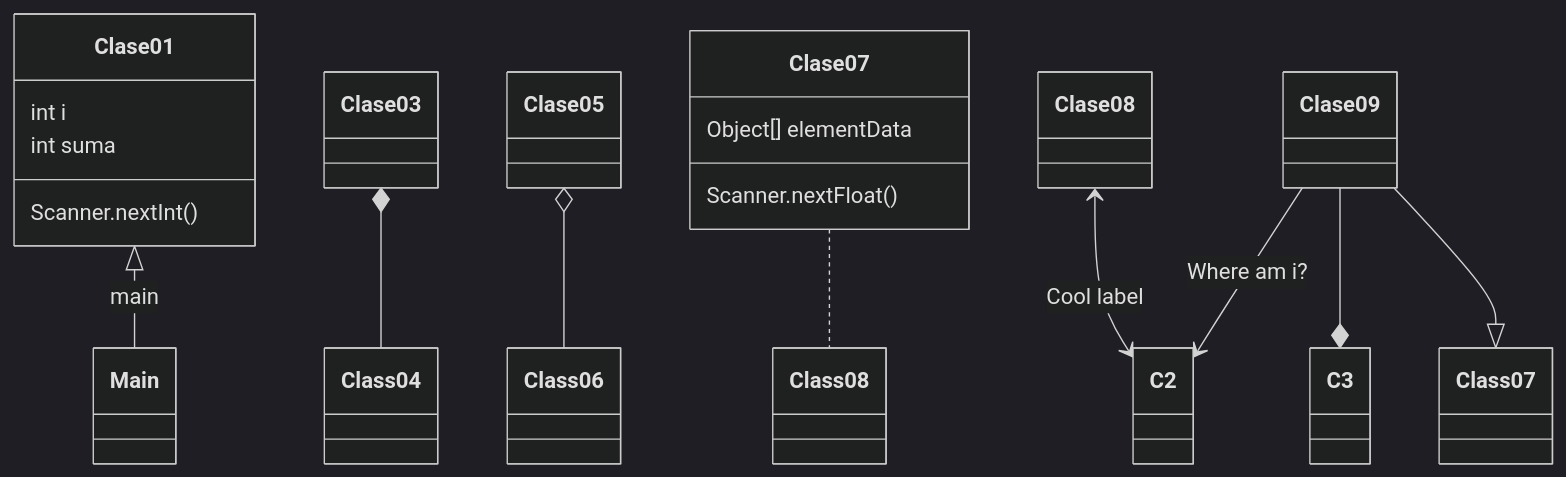
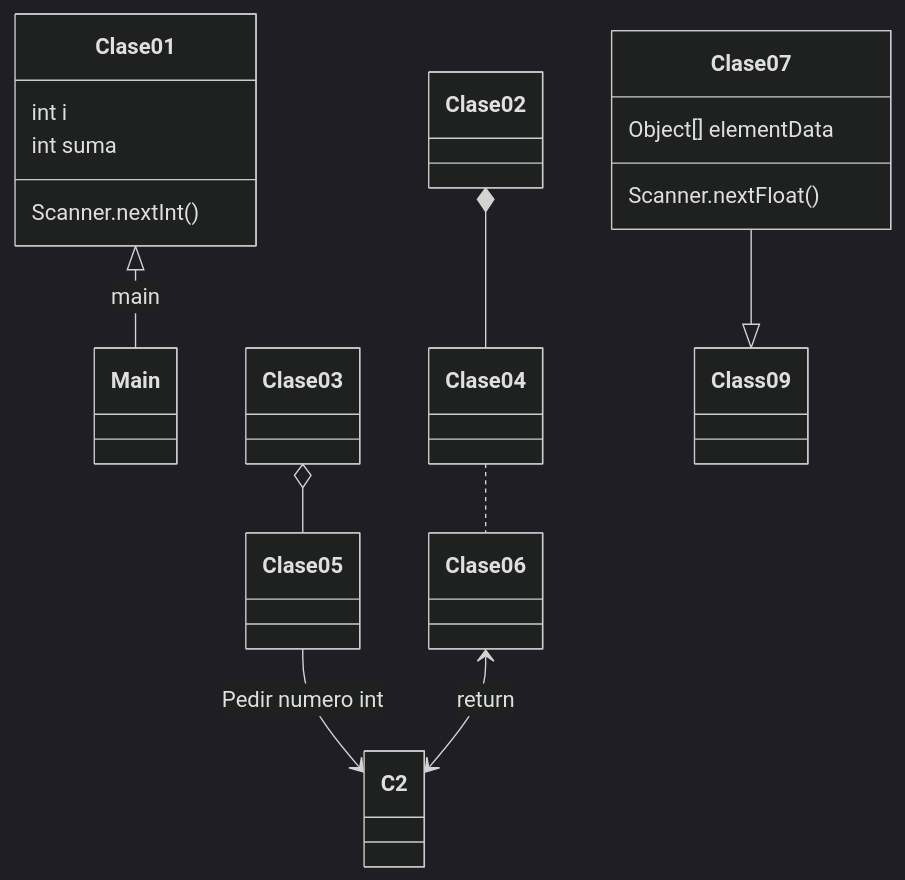
One commit to samueldam1/diagramaMarkdown changed the fourth of 7 diagrams in README.md. Above: the diagram before and after it, drawn with Mermaid (dark theme). The commit also changed other lines of this file, not shown here.

````diff
--- a/README.md
+++ b/README.md
@@ -38,16 +39,15 @@
 ```mermaid
 classDiagram
 Clase01 <|-- Main : main
-Clase03 *-- Class04
-Clase05 o-- Class06
-Clase07 .. Class08
-Clase09 --> C2 : Where am i?
-Clase09 --* C3
-Clase09 --|> Class07
+Clase02 *-- Clase04
+Clase03 o-- Clase05
+Clase04 .. Clase06
+Clase05 --> C2 : Pedir numero int
+Clase06 <--> C2: return
+Clase07 --|> Class09
 Clase07 : Scanner.nextFloat()
 Clase07 : Object[] elementData
 Clase01 : Scanner.nextInt()
 Clase01 : int i
 Clase01 : int suma
-Clase08 <--> C2: Cool label
 ```
````
